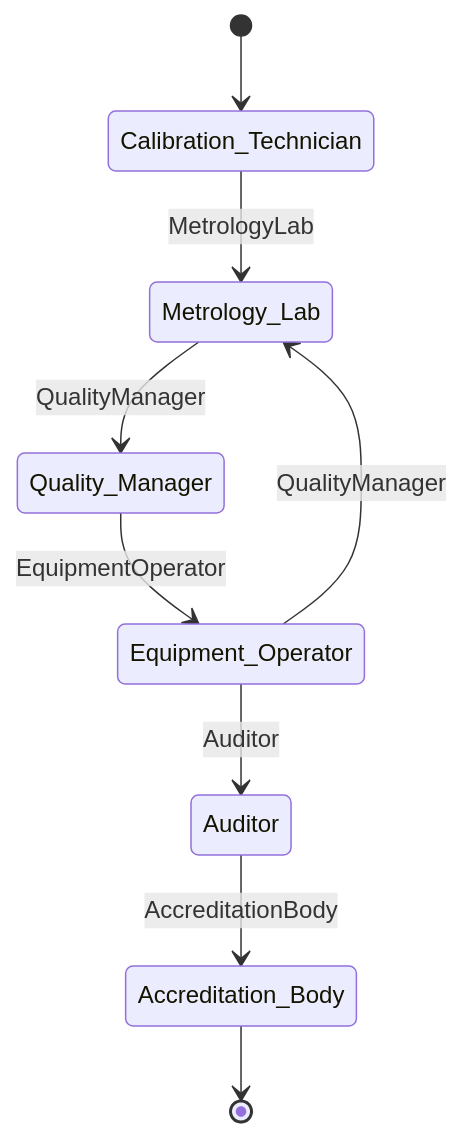
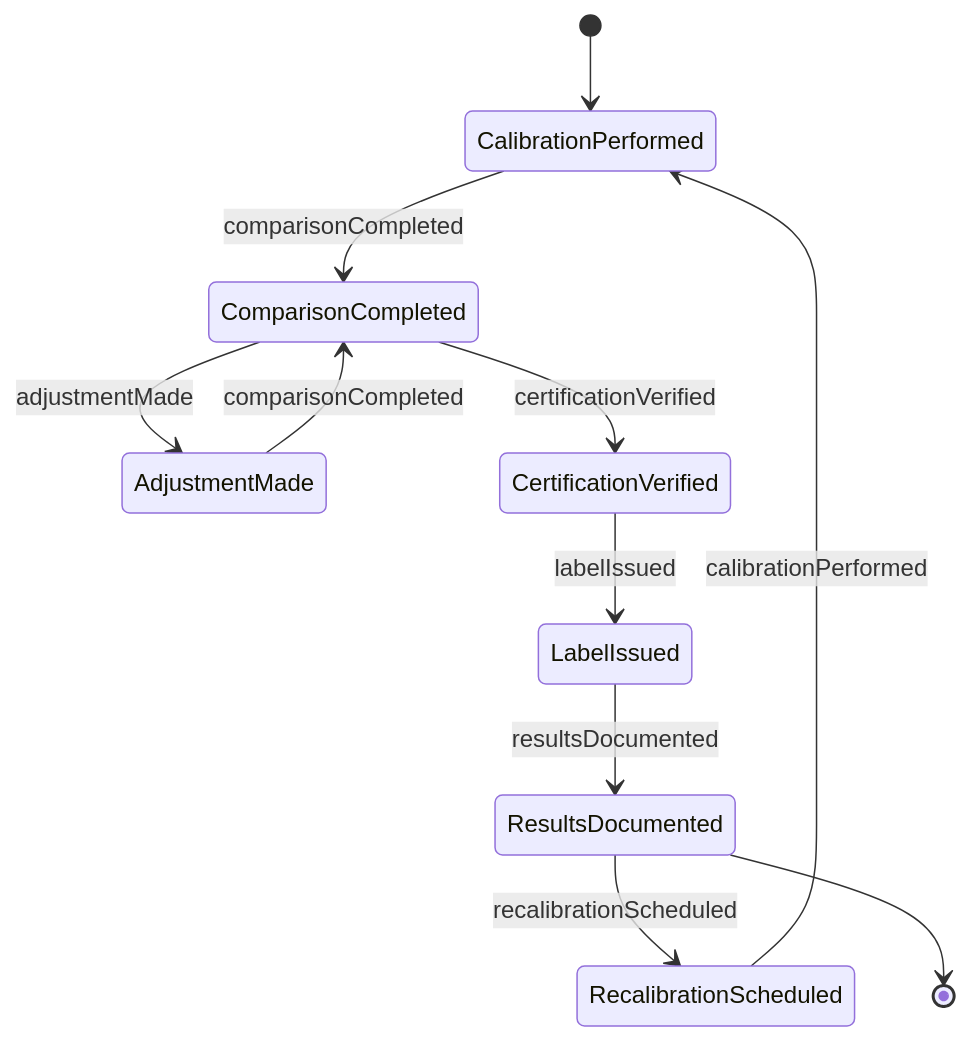
The second of 4 diagrams in HandlingAndMovingObjects/AdjustEquipmentToEnsureAdequatePerformance/CalibrateEquipmentSpecifications.mdx (dot-org-ai/tasks.org.ai), drawn with Mermaid before and after one commit. The commit also changed other lines of this file and 40 other files, not shown here.

First line of the commit message:
fix: Replace Actor-based ER and State diagrams with Entity/Event-based diagrams in 41 HandlingAndMovingObjects DWA files

````diff
--- a/HandlingAndMovingObjects/AdjustEquipmentToEnsureAdequatePerformance/CalibrateEquipmentSpecifications.mdx
+++ b/HandlingAndMovingObjects/AdjustEquipmentToEnsureAdequatePerformance/CalibrateEquipmentSpecifications.mdx
@@ -102,11 +100,13 @@
 ```mermaid
 stateDiagram-v2
-    [*] --> Calibration_Technician
-    Calibration_Technician --> Metrology_Lab: MetrologyLab
-    Metrology_Lab --> Quality_Manager: QualityManager
-    Quality_Manager --> Equipment_Operator: EquipmentOperator
-    Equipment_Operator --> Auditor: Auditor
-    Auditor --> Accreditation_Body: AccreditationBody
-    Equipment_Operator --> Metrology_Lab: QualityManager
-    Accreditation_Body --> [*]
+    [*] --> CalibrationPerformed
+    CalibrationPerformed --> ComparisonCompleted : comparisonCompleted
+    ComparisonCompleted --> AdjustmentMade : adjustmentMade
+    AdjustmentMade --> ComparisonCompleted : comparisonCompleted
+    ComparisonCompleted --> CertificationVerified : certificationVerified
+    CertificationVerified --> LabelIssued : labelIssued
+    LabelIssued --> ResultsDocumented : resultsDocumented
+    ResultsDocumented --> RecalibrationScheduled : recalibrationScheduled
+    RecalibrationScheduled --> CalibrationPerformed : calibrationPerformed
+    ResultsDocumented --> [*]
 ```
````
